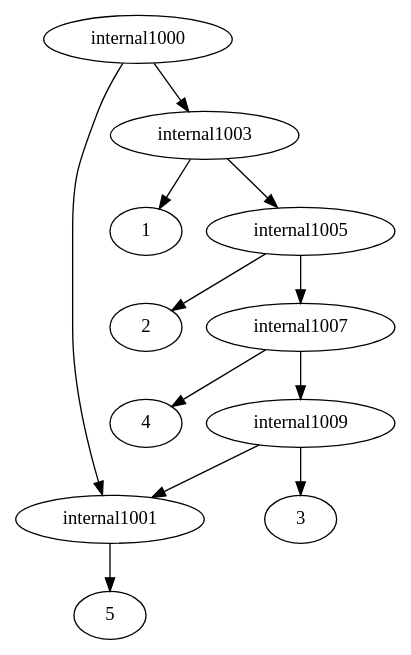
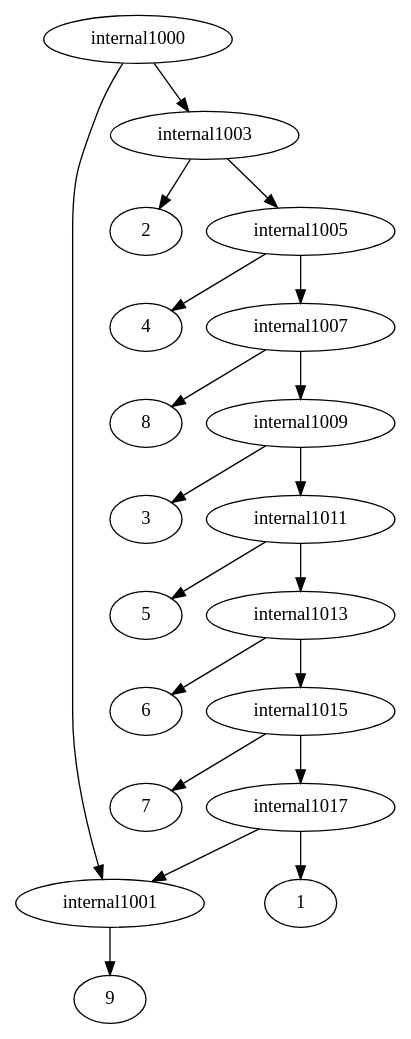
The diagram in src/Server/upload.dot (solislemuslab/phylo-knit), drawn with Graphviz before and after one commit. The commit also changed 5 other files, not shown here.

```diff
--- a/src/Server/upload.dot
+++ b/src/Server/upload.dot
@@ -1,14 +1,22 @@
 strict digraph G1 {
 internal1000 -> internal1001
 internal1000 -> internal1003
-internal1001 -> 5
-internal1003 -> 1
+internal1001 -> 9
+internal1003 -> 2
 internal1003 -> internal1005
-internal1005 -> 2
+internal1005 -> 4
 internal1005 -> internal1007
-internal1007 -> 4
+internal1007 -> 8
 internal1007 -> internal1009
 internal1009 -> 3
-internal1009 -> internal1001
-internal1001 -> 5
+internal1009 -> internal1011
+internal1011 -> 5
+internal1011 -> internal1013
+internal1013 -> 6
+internal1013 -> internal1015
+internal1015 -> 7
+internal1015 -> internal1017
+internal1017 -> 1
+internal1017 -> internal1001
+internal1001 -> 9
 }
```
